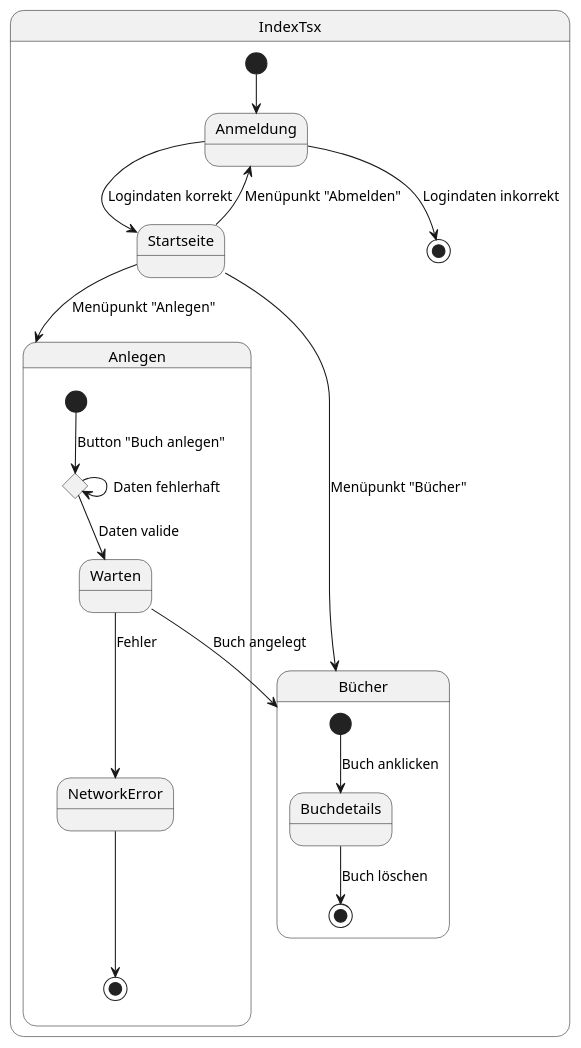
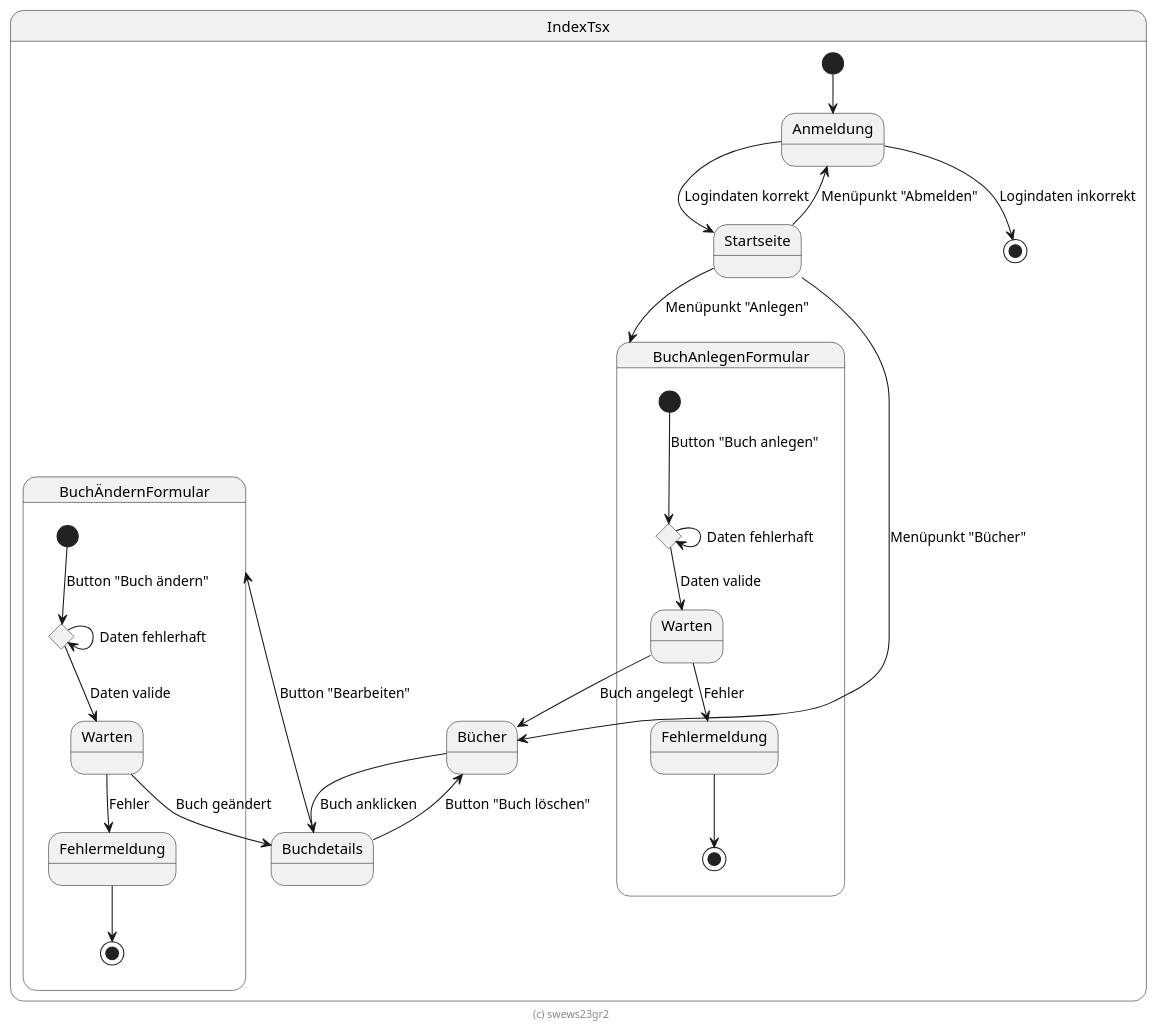
The diagram in .extras/doc/spa-zustandsdiagramm.plantuml (swews23gr2/aufgabe2), drawn with PlantUML before and after one commit. The commit also changed 1 other file, not shown here.

Commit message:
Zustandsdiagramm aktualisiert; EditorConfig angepasst

```diff
--- a/.extras/doc/spa-zustandsdiagramm.plantuml
+++ b/.extras/doc/spa-zustandsdiagramm.plantuml
@@ -1,30 +1,46 @@
 @startuml "Buch anlegen"
 
 state IndexTsx {
     [*] --> Anmeldung
     Anmeldung --> Startseite : Logindaten korrekt
     Anmeldung --> [*] : Logindaten inkorrekt
 
-    ' Startseite --> Startseite: Menüpunkt "Startseite"
     Startseite --> Bücher : Menüpunkt "Bücher"
-    Startseite --> Anlegen: Menüpunkt "Anlegen"
+    Startseite --> BuchAnlegenFormular: Menüpunkt "Anlegen"
     Startseite --> Anmeldung: Menüpunkt "Abmelden"
 
-    state Bücher {
-      [*] --> Buchdetails : Buch anklicken
-      Buchdetails --> [*] : Buch löschen
+    Buchdetails --> BuchÄndernFormular : Button "Bearbeiten"
+    Buchdetails  --> Bücher : Button "Buch löschen"
+
+    Bücher --> Buchdetails : Buch anklicken
+
+    state BuchÄndernFormular {
+        state "Warten" as ÄndernWarten
+        state "Fehlermeldung" as ÄndernFehler
+        state ÄndernDatenValide <<choice>>
+
+        [*] --> ÄndernDatenValide : Button "Buch ändern"
+        ÄndernDatenValide --> ÄndernWarten : Daten valide
+        ÄndernDatenValide --> ÄndernDatenValide : Daten fehlerhaft
+        ÄndernWarten --> Buchdetails : Buch geändert
+        ÄndernWarten --> ÄndernFehler : Fehler
+        ÄndernFehler --> [*]
     }
 
-    state Anlegen {
-      state DatenValide <<choice>>
-      [*] --> DatenValide : Button "Buch anlegen"
-      DatenValide --> DatenValide : Daten fehlerhaft
-      DatenValide --> Warten : Daten valide
-      Warten --> Bücher : Buch angelegt
-      Warten --> NetworkError : Fehler
-      NetworkError --> [*]
+    state BuchAnlegenFormular {
+        state "Warten" as AnlegenWarten
+        state "Fehlermeldung" as AnlegenFehler
+        state AnlegenDatenValide <<choice>>
+
+        [*] --> AnlegenDatenValide : Button "Buch anlegen"
+        AnlegenDatenValide --> AnlegenDatenValide : Daten fehlerhaft
+        AnlegenDatenValide --> AnlegenWarten : Daten valide
+        AnlegenWarten --> Bücher : Buch angelegt
+        AnlegenWarten --> AnlegenFehler : Fehler
+        AnlegenFehler --> [*]
     }
-
 }
 
+footer (c) swews23gr2
+
 @enduml
```
